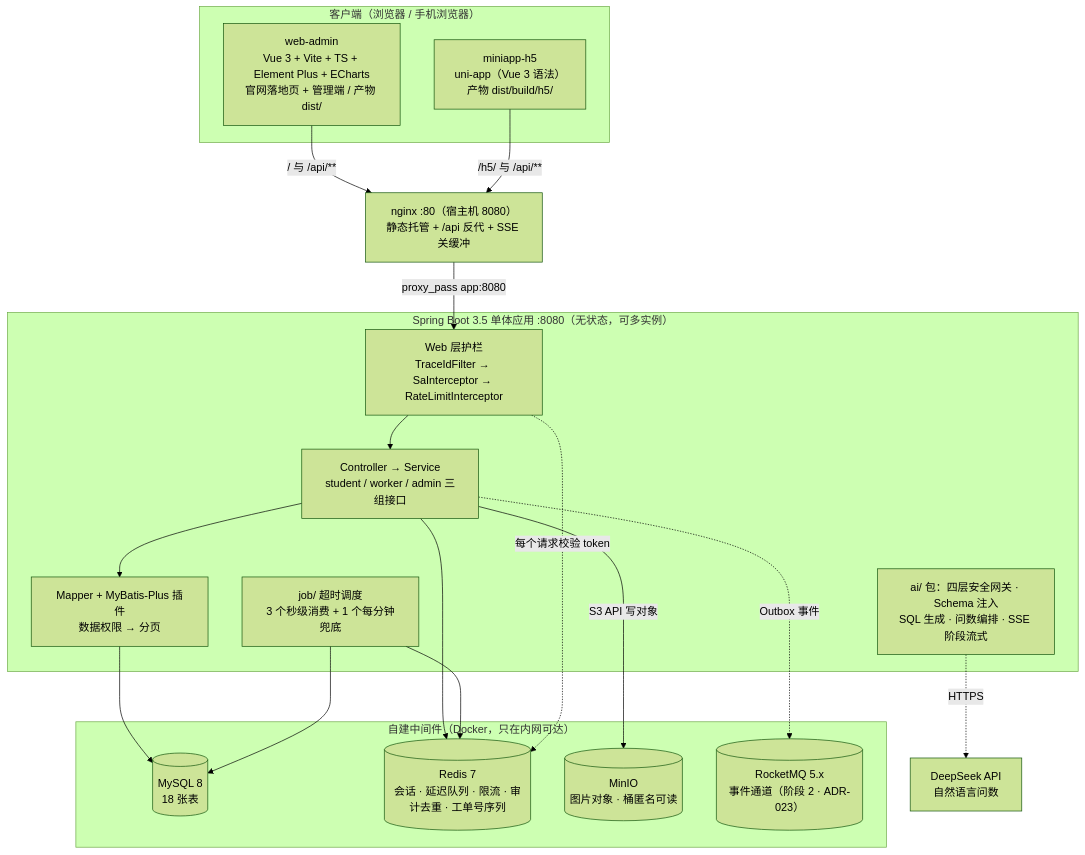
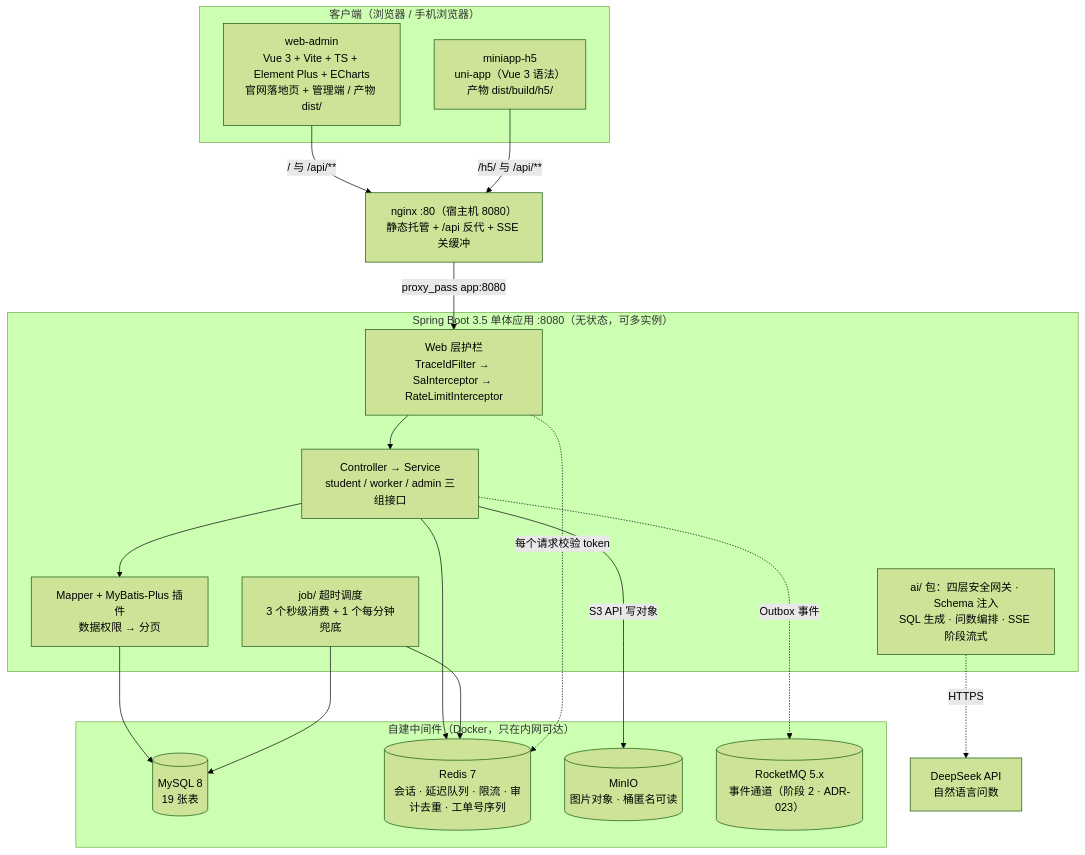
One commit to bluemalic/repair-platform changed the second of 13 diagrams in docs/06-架构图.md. Above: the diagram before and after it, drawn with Mermaid (forest theme). The commit also changed other lines of this file and 28 other files, not shown here.

````diff
--- a/docs/06-架构图.md
+++ b/docs/06-架构图.md
@@ -76,40 +76,40 @@
 ```mermaid
 flowchart TB
     subgraph client["客户端（浏览器 / 手机浏览器）"]
         adminApp["web-admin<br/>Vue 3 + Vite + TS + Element Plus + ECharts<br/>官网落地页 + 管理端 / 产物 dist/"]
         h5App["miniapp-h5<br/>uni-app（Vue 3 语法）<br/>产物 dist/build/h5/"]
     end
 
     nginx["nginx :80（宿主机 8080）<br/>静态托管 + /api 反代 + SSE 关缓冲"]
 
     subgraph boot["Spring Boot 3.5 单体应用 :8080（无状态，可多实例）"]
         guard["Web 层护栏<br/>TraceIdFilter → SaInterceptor → RateLimitInterceptor"]
         biz["Controller → Service<br/>student / worker / admin 三组接口"]
         orm["Mapper + MyBatis-Plus 插件<br/>数据权限 → 分页"]
         sched["job/ 超时调度<br/>3 个秒级消费 + 1 个每分钟兜底"]
         aiPkg["ai/ 包：四层安全网关 · Schema 注入<br/>SQL 生成 · 问数编排 · SSE 阶段流式"]
     end
 
     subgraph infra["自建中间件（Docker，只在内网可达）"]
-        mysql[("MySQL 8<br/>18 张表")]
+        mysql[("MySQL 8<br/>19 张表")]
         redis[("Redis 7<br/>会话 · 延迟队列 · 限流 · 审计去重 · 工单号序列")]
         minio[("MinIO<br/>图片对象 · 桶匿名可读")]
         rocketmq[("RocketMQ 5.x<br/>事件通道（阶段 2 · ADR-023）")]
     end
 
     deepseek["DeepSeek API<br/>自然语言问数"]
 
     adminApp -->|"/ 与 /api/**"| nginx
     h5App -->|"/h5/ 与 /api/**"| nginx
     nginx -->|"proxy_pass app:8080"| guard
     guard --> biz
     biz --> orm
     orm --> mysql
     biz --> redis
     biz -->|"S3 API 写对象"| minio
     biz -.->|"Outbox 事件"| rocketmq
     sched --> redis
     sched --> mysql
     guard -.->|"每个请求校验 token"| redis
     aiPkg -.->|"HTTPS"| deepseek
 ```
````
